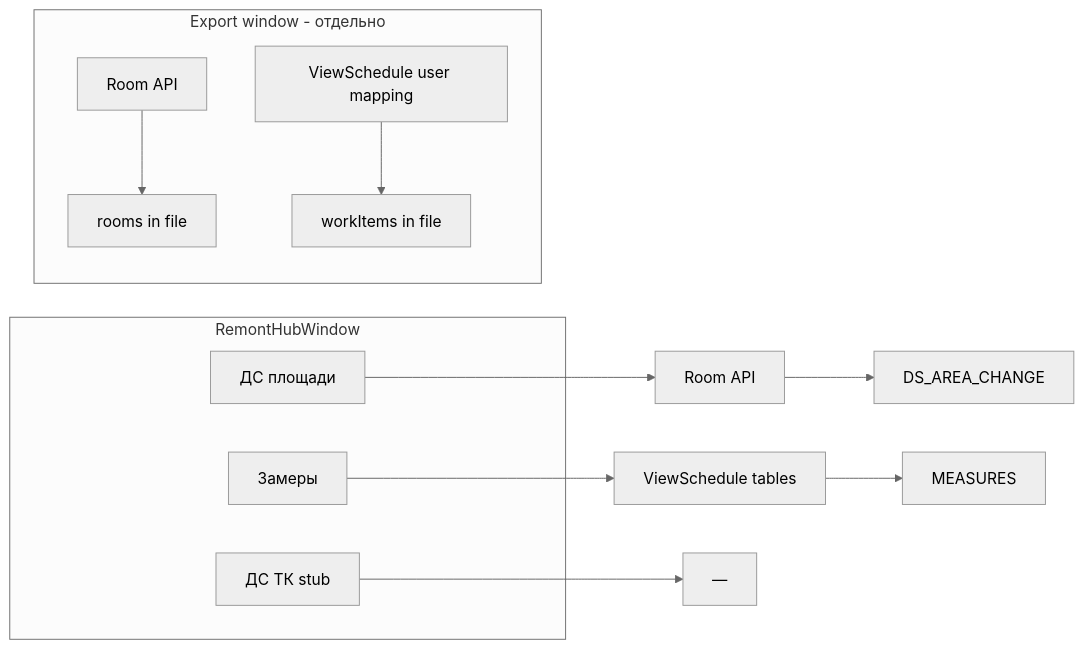
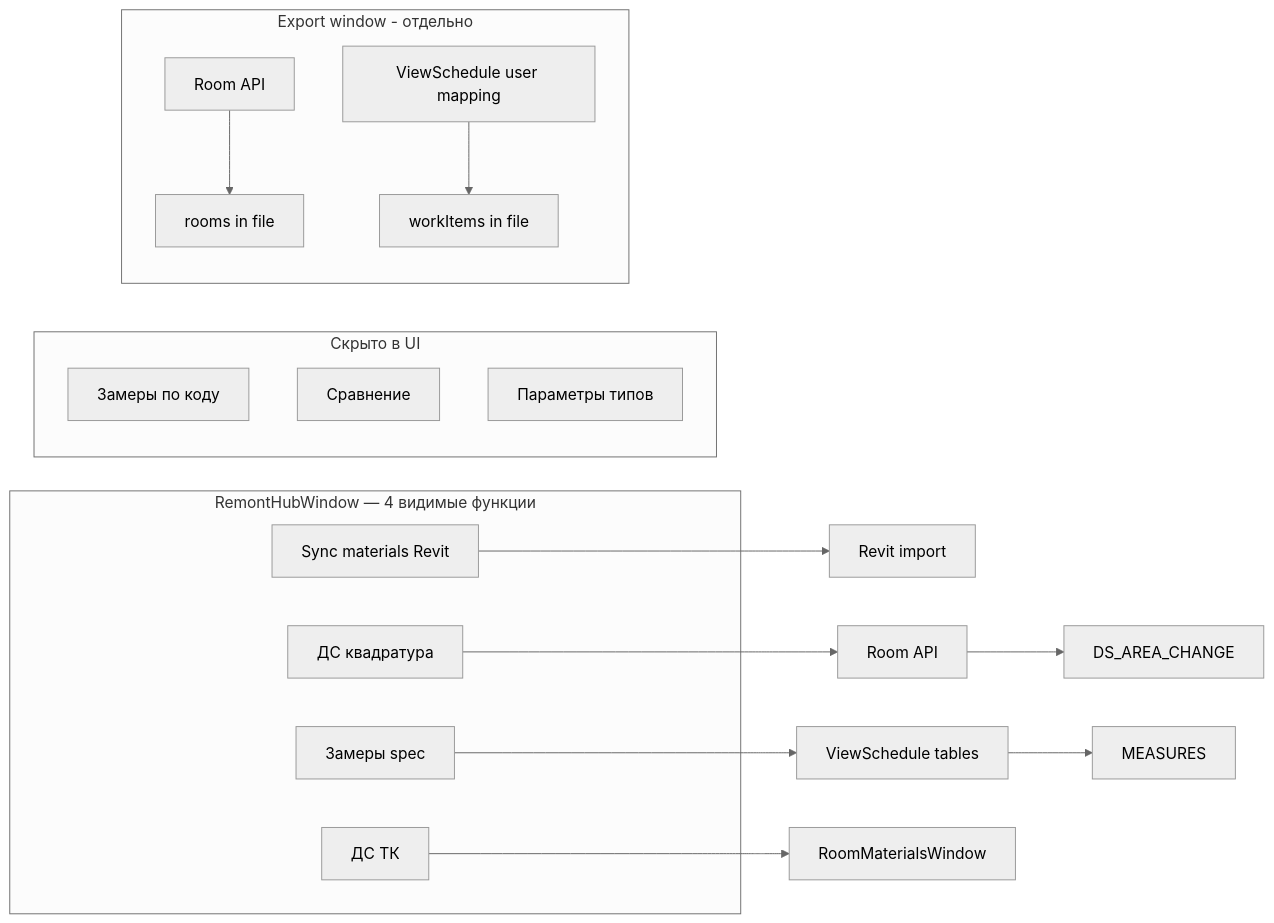
Before and after one commit to BekzhanK1/revit2025-plugin-csharp: the diagram in agents-external-memory/smart-remont-revit-plugin/USER_FLOW_AND_SCREENS.md, drawn with Mermaid (neutral theme). The commit also changed other lines of this file and 28 other files, not shown here.

````diff
--- a/agents-external-memory/smart-remont-revit-plugin/USER_FLOW_AND_SCREENS.md
+++ b/agents-external-memory/smart-remont-revit-plugin/USER_FLOW_AND_SCREENS.md
@@ -183,22 +205,30 @@
 ```mermaid
 flowchart LR
-  subgraph hub [RemontHubWindow]
-    A[ДС площади]
-    B[Замеры]
-    C[ДС ТК stub]
+  subgraph hub [RemontHubWindow — 4 видимые функции]
+    M[Sync materials Revit]
+    A[ДС квадратура]
+    B[Замеры spec]
+    C[ДС ТК]
   end
 
+  M --> API0[Revit import]
   A --> R[Room API]
   B --> S[ViewSchedule tables]
-  C --> X[—]
+  C --> RM[RoomMaterialsWindow]
 
   R --> API1[DS_AREA_CHANGE]
   S --> API2[MEASURES]
+
+  subgraph hidden [Скрыто в UI]
+    H1[Замеры по коду]
+    H2[Сравнение]
+    H3[Параметры типов]
+  end
 
   subgraph file [Export window - отдельно]
     R2[Room API]
     S2[ViewSchedule user mapping]
     R2 --> JSON[rooms in file]
     S2 --> JSON2[workItems in file]
   end
 ```
````
